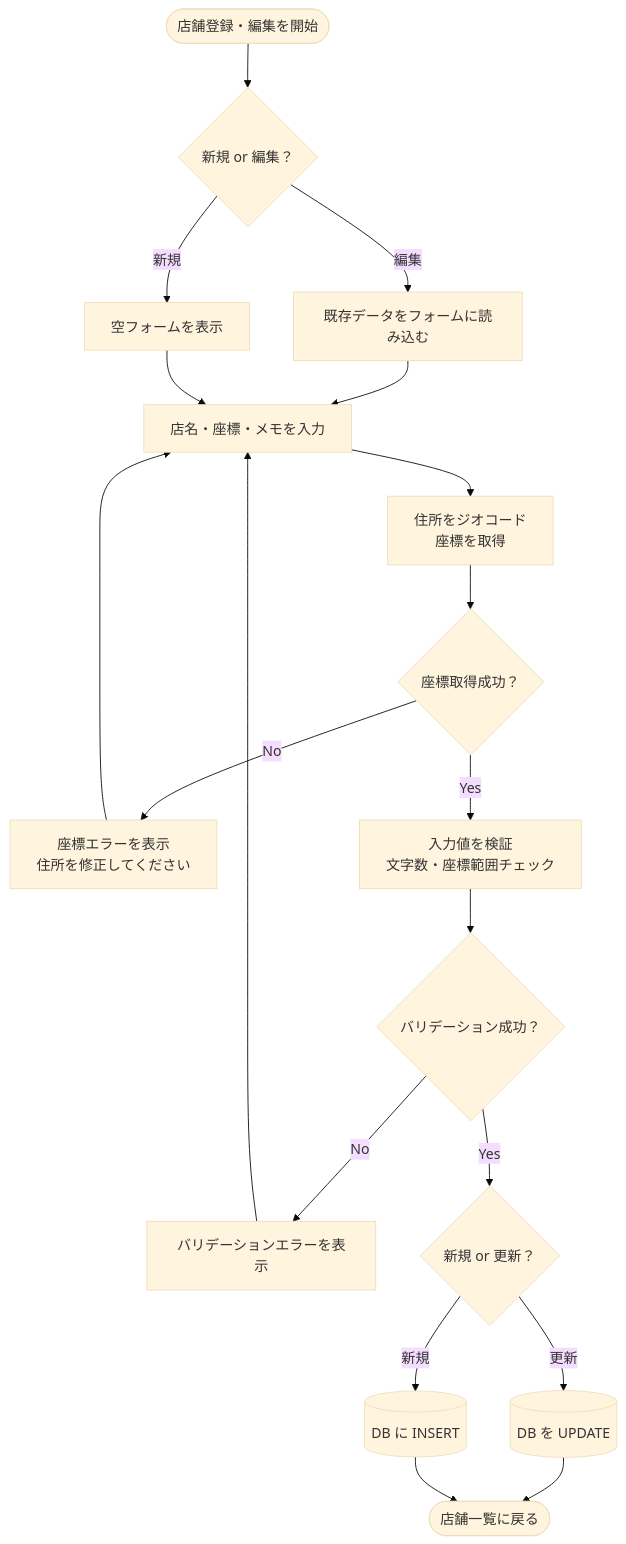
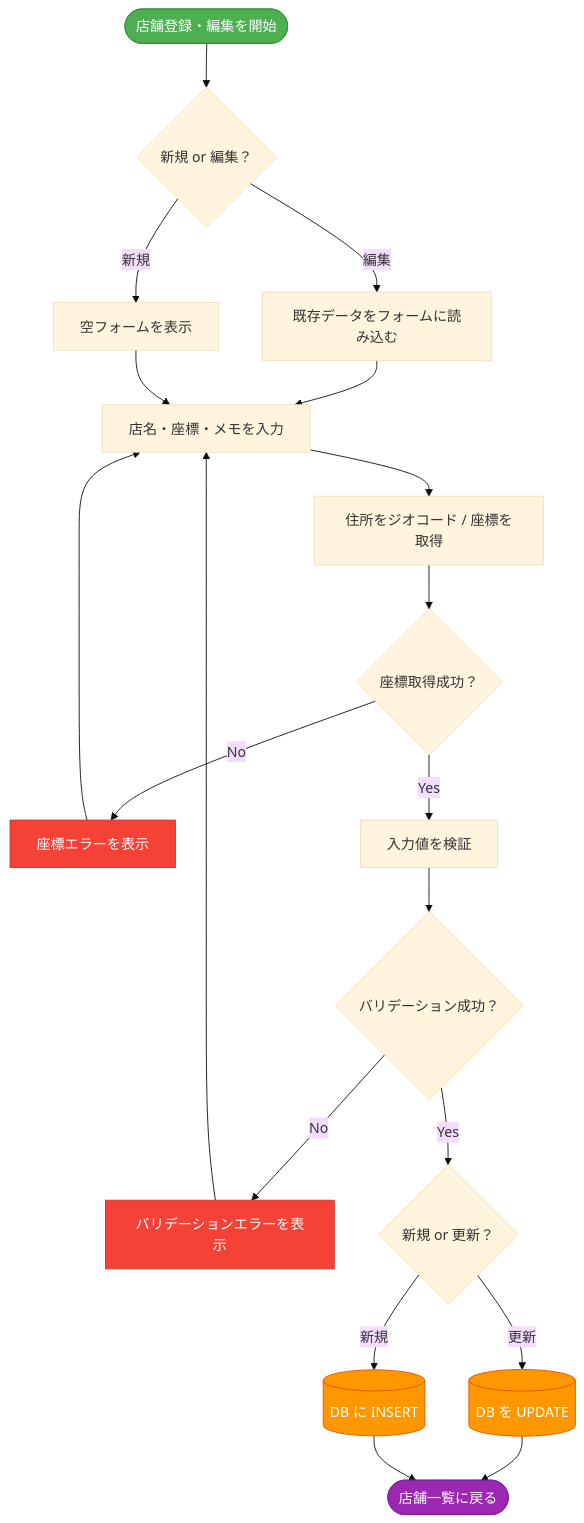
Before and after one commit to Pizzy-pz/rikawan-map: the diagram in 設計/フローチャート_登録編集.md, drawn with Mermaid (base theme). The commit also changed 1 other file, not shown here.

Commit message:
フローチャート2本の体裁を改善
- classDef で色分け（開始:緑/終了:紫/エラー:赤/サブフロー:青/DB:橙）
- \n をノードラベルから除去
- エッジラベルのスペースを揃えて整列

````diff
--- a/設計/フローチャート_登録編集.md
+++ b/設計/フローチャート_登録編集.md
@@ -3,28 +3,33 @@
 ```mermaid
 flowchart TD
-    A([店舗登録・編集を開始]) --> B{新規 or 編集？}
+    A([店舗登録・編集を開始]):::start --> B{新規 or 編集？}
 
     B -- 編集 --> C[既存データをフォームに読み込む]
     B -- 新規 --> D[空フォームを表示]
 
     C --> E[店名・座標・メモを入力]
     D --> E
 
-    E --> F[住所をジオコード\n座標を取得]
+    E --> F[住所をジオコード / 座標を取得]
     F --> G{座標取得成功？}
 
-    G -- No --> ERR1[座標エラーを表示\n住所を修正してください]
+    G -- No  --> ERR1[座標エラーを表示]:::error
     ERR1 --> E
 
-    G -- Yes --> H[入力値を検証\n文字数・座標範囲チェック]
+    G -- Yes --> H[入力値を検証]
     H --> I{バリデーション成功？}
 
-    I -- No --> ERR2[バリデーションエラーを表示]
+    I -- No  --> ERR2[バリデーションエラーを表示]:::error
     ERR2 --> E
 
     I -- Yes --> J{新規 or 更新？}
-    J -- 更新 --> K[(DB を UPDATE)]
-    J -- 新規 --> L[(DB に INSERT)]
-    K --> M([店舗一覧に戻る])
+    J -- 更新 --> K[(DB を UPDATE)]:::db
+    J -- 新規 --> L[(DB に INSERT)]:::db
+    K --> M([店舗一覧に戻る]):::terminal
     L --> M
+
+    classDef start    fill:#4caf50,color:#fff,stroke:#388e3c
+    classDef terminal fill:#9c27b0,color:#fff,stroke:#7b1fa2
+    classDef error    fill:#f44336,color:#fff,stroke:#d32f2f
+    classDef db       fill:#ff9800,color:#fff,stroke:#e65100
 ```
````
